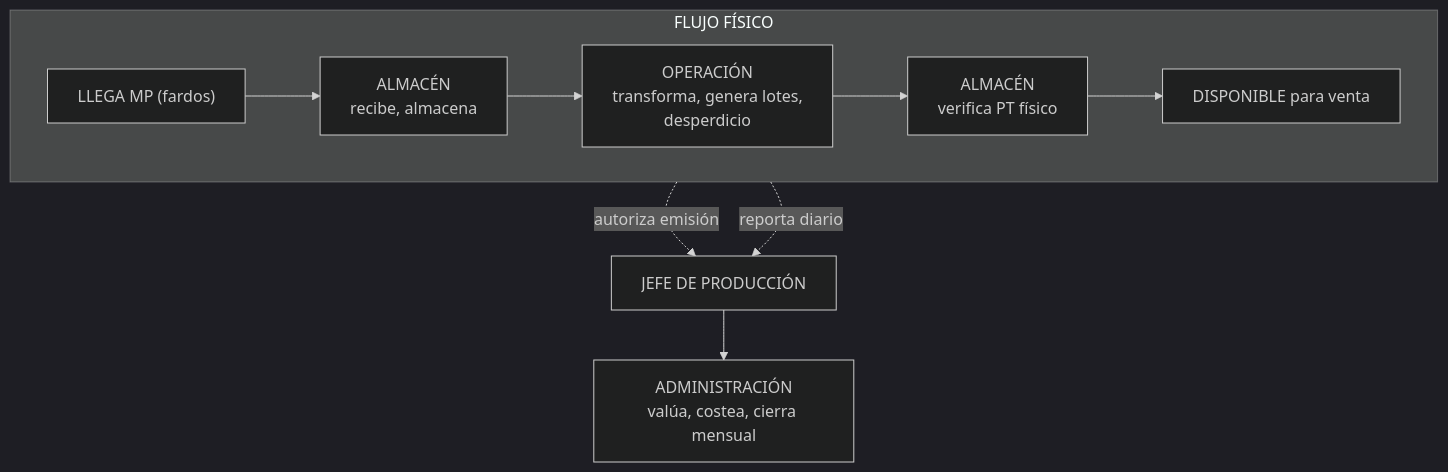
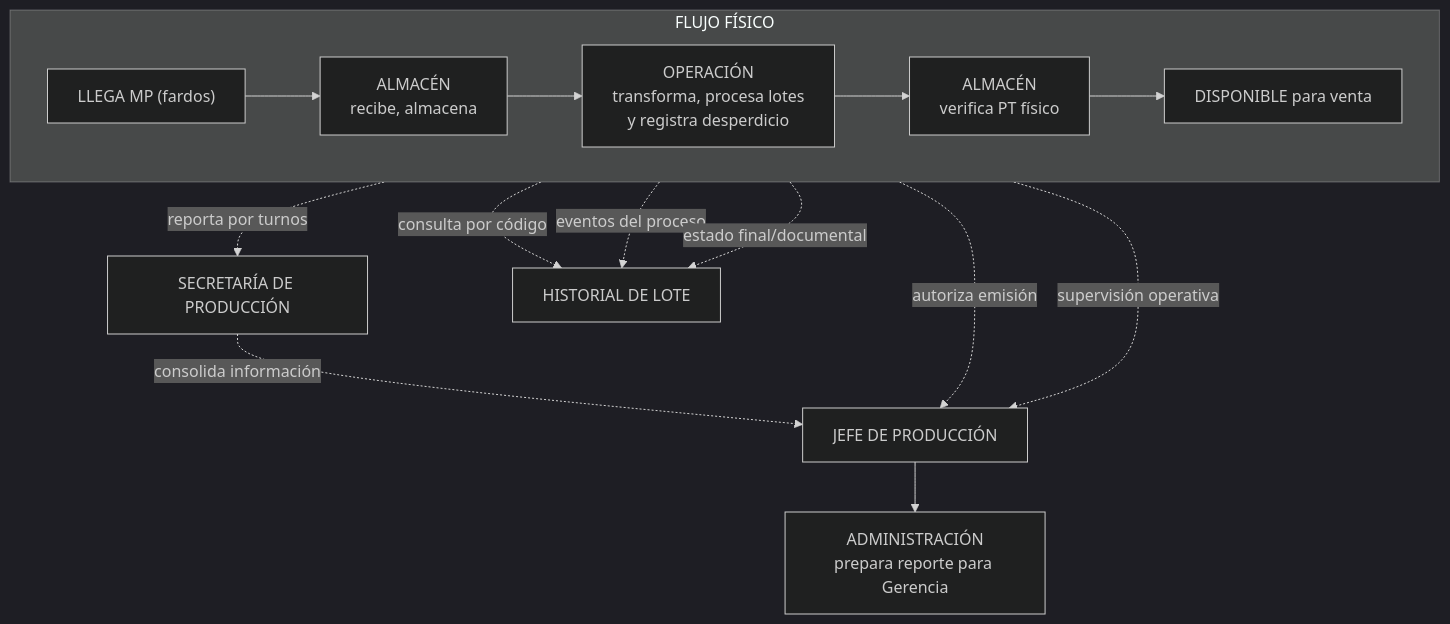
Before and after one commit to luiscm17/yarn-epr: the diagram in docs/prd.md, drawn with Mermaid (dark theme). The commit also changed other lines of this file and 2 other files, not shown here.

````diff
--- a/docs/prd.md
+++ b/docs/prd.md
@@ -142,15 +178,21 @@
 ```mermaid
 flowchart TB
     subgraph FP["FLUJO FÍSICO"]
         direction LR
         MP["LLEGA MP (fardos)"] --> ALM_R["ALMACÉN<br>recibe, almacena"]
-        ALM_R --> OPE["OPERACIÓN<br>transforma, genera lotes,<br>desperdicio"]
+        ALM_R --> OPE["OPERACIÓN<br>transforma, procesa lotes<br>y registra desperdicio"]
         OPE --> ALM_V["ALMACÉN<br>verifica PT físico"]
         ALM_V --> DISP["DISPONIBLE para venta"]
     end
 
     ALM_R -.->|autoriza emisión| JP["JEFE DE PRODUCCIÓN"]
-    OPE -.->|reporta diario| JP
+    OPE -.->|reporta por turnos| SEC["SECRETARÍA DE PRODUCCIÓN"]
+    OPE -.->|supervisión operativa| JP
+    SEC -.->|consolida información| JP
 
-    JP --> ADMIN["ADMINISTRACIÓN<br>valúa, costea, cierra mensual"]
+    JP --> ADMIN["ADMINISTRACIÓN<br>prepara reporte para Gerencia"]
+
+    MP -.->|consulta por código| HIST["HISTORIAL DE LOTE"]
+    OPE -.->|eventos del proceso| HIST
+    ALM_V -.->|estado final/documental| HIST
 ```
````
